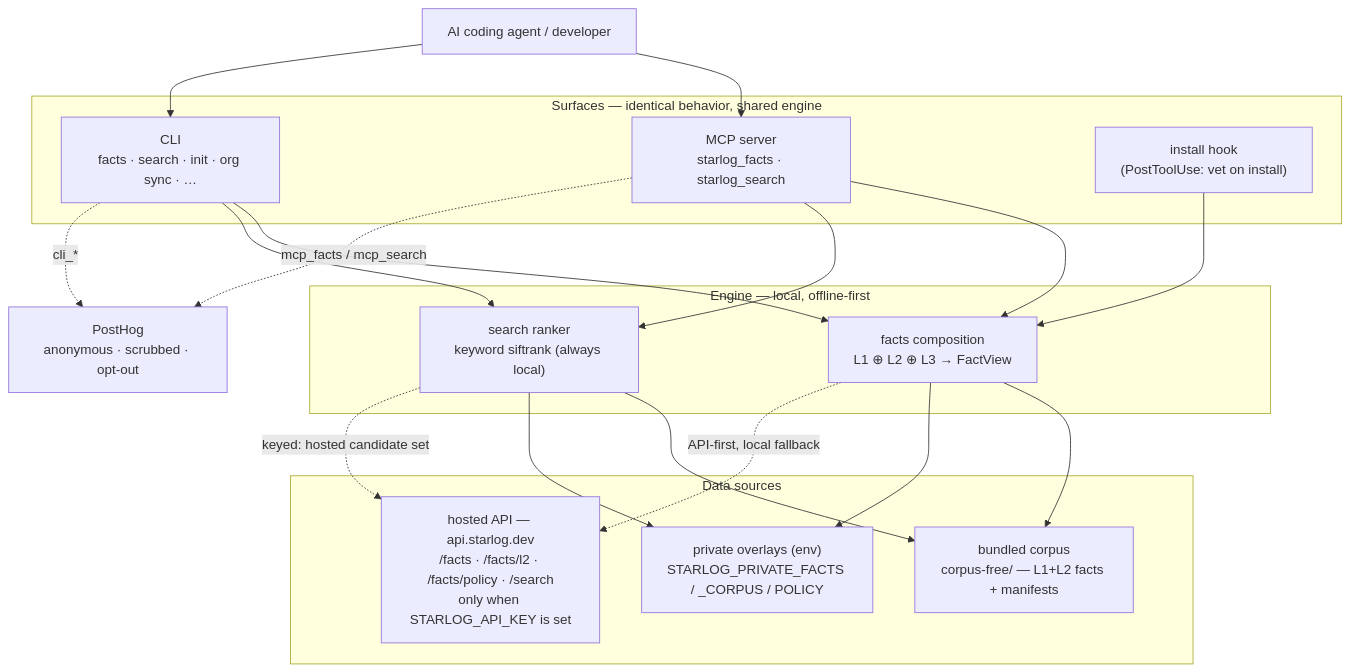
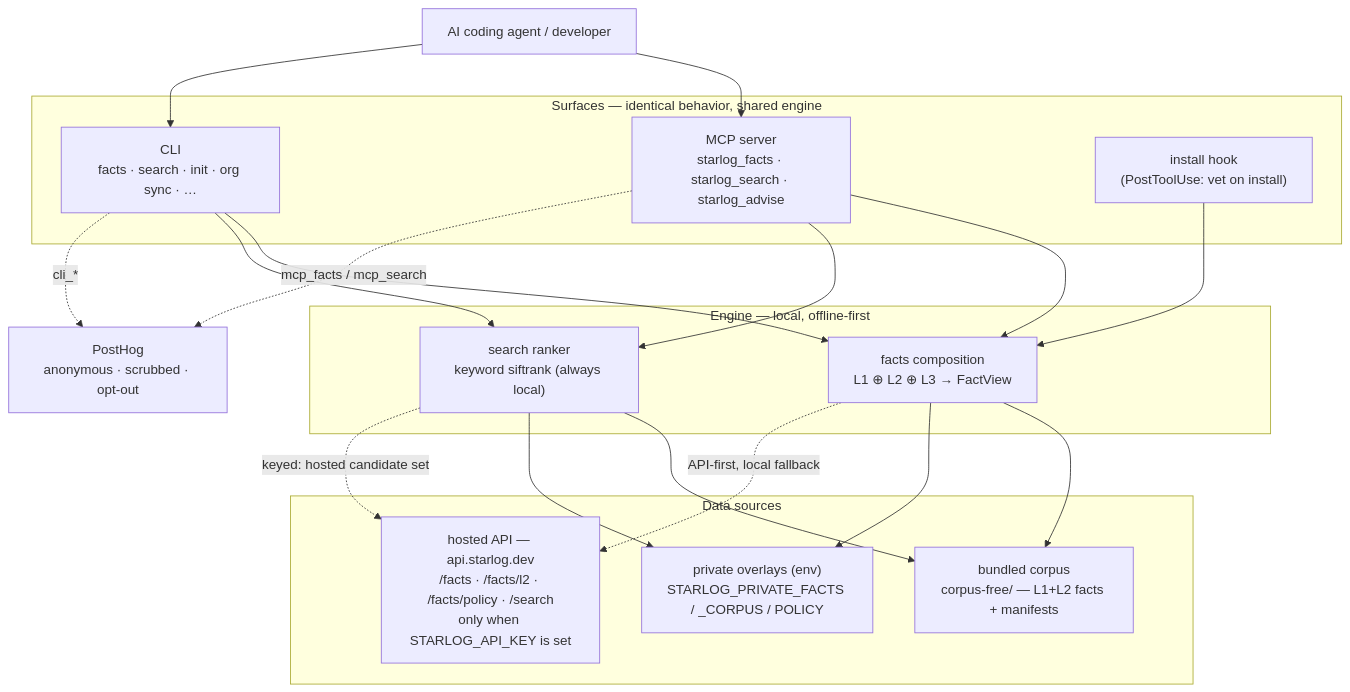
The first of 5 diagrams in docs/ARCHITECTURE.md (kavin0x/starloghq-index), drawn with Mermaid before and after one commit. The commit also changed other lines of this file and 32 other files, not shown here.

````diff
--- a/docs/ARCHITECTURE.md
+++ b/docs/ARCHITECTURE.md
@@ -19,41 +19,41 @@
 ```mermaid
 flowchart TB
     agent["AI coding agent / developer"]
 
     subgraph surfaces["Surfaces — identical behavior, shared engine"]
-        mcp["MCP server<br/>starlog_facts · starlog_search"]
+        mcp["MCP server<br/>starlog_facts · starlog_search · starlog_advise"]
         cli["CLI<br/>facts · search · init · org sync · …"]
         hook["install hook<br/>(PostToolUse: vet on install)"]
     end
 
     subgraph engine["Engine — local, offline-first"]
         compose["facts composition<br/>L1 ⊕ L2 ⊕ L3 → FactView"]
         rank["search ranker<br/>keyword siftrank (always local)"]
     end
 
     subgraph data["Data sources"]
         local["bundled corpus<br/>corpus-free/ — L1+L2 facts + manifests"]
         priv["private overlays (env)<br/>STARLOG_PRIVATE_FACTS / _CORPUS / POLICY"]
         api["hosted API — api.starlog.dev<br/>/facts · /facts/l2 · /facts/policy · /search<br/>only when STARLOG_API_KEY is set"]
     end
 
     posthog["PostHog<br/>anonymous · scrubbed · opt-out"]
 
     agent --> mcp
     agent --> cli
     mcp --> compose
     mcp --> rank
     cli --> compose
     cli --> rank
     hook --> compose
 
     compose --> local
     compose --> priv
     compose -. "API-first, local fallback" .-> api
     rank --> local
     rank --> priv
     rank -. "keyed: hosted candidate set" .-> api
 
     mcp -. "mcp_facts / mcp_search" .-> posthog
     cli -. "cli_*" .-> posthog
 ```
````
